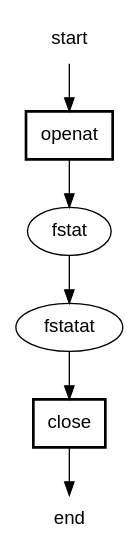
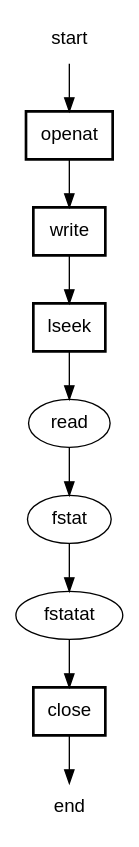
The diagram in demoapps/demo-cpp/demo-cpp-plg/simple2.dot (josehu07/foreactor), drawn with Graphviz before and after one commit. The commit also changed 12 other files, not shown here.

Commit message:
add read, write, lseek support

```diff
--- a/demoapps/demo-cpp/demo-cpp-plg/simple2.dot
+++ b/demoapps/demo-cpp/demo-cpp-plg/simple2.dot
@@ -1,14 +1,19 @@
 digraph SCGraph {
   graph [fontname="helvetica"];
   node  [fontname="helvetica"];
   edge  [fontname="helvetica"];
   start [shape=plaintext];
   start -> openat;
   end [shape=plaintext];
   openat [shape=box,style=bold];
-  openat -> fstat;
+  openat -> write;
+  write [shape=box,style=bold];
+  write -> lseek;
+  lseek [shape=box,style=bold];
+  lseek -> read;
+  read -> fstat;
   fstat -> fstatat;
   fstatat -> close;
   close [shape=box,style=bold];
   close -> end;
 }
```
